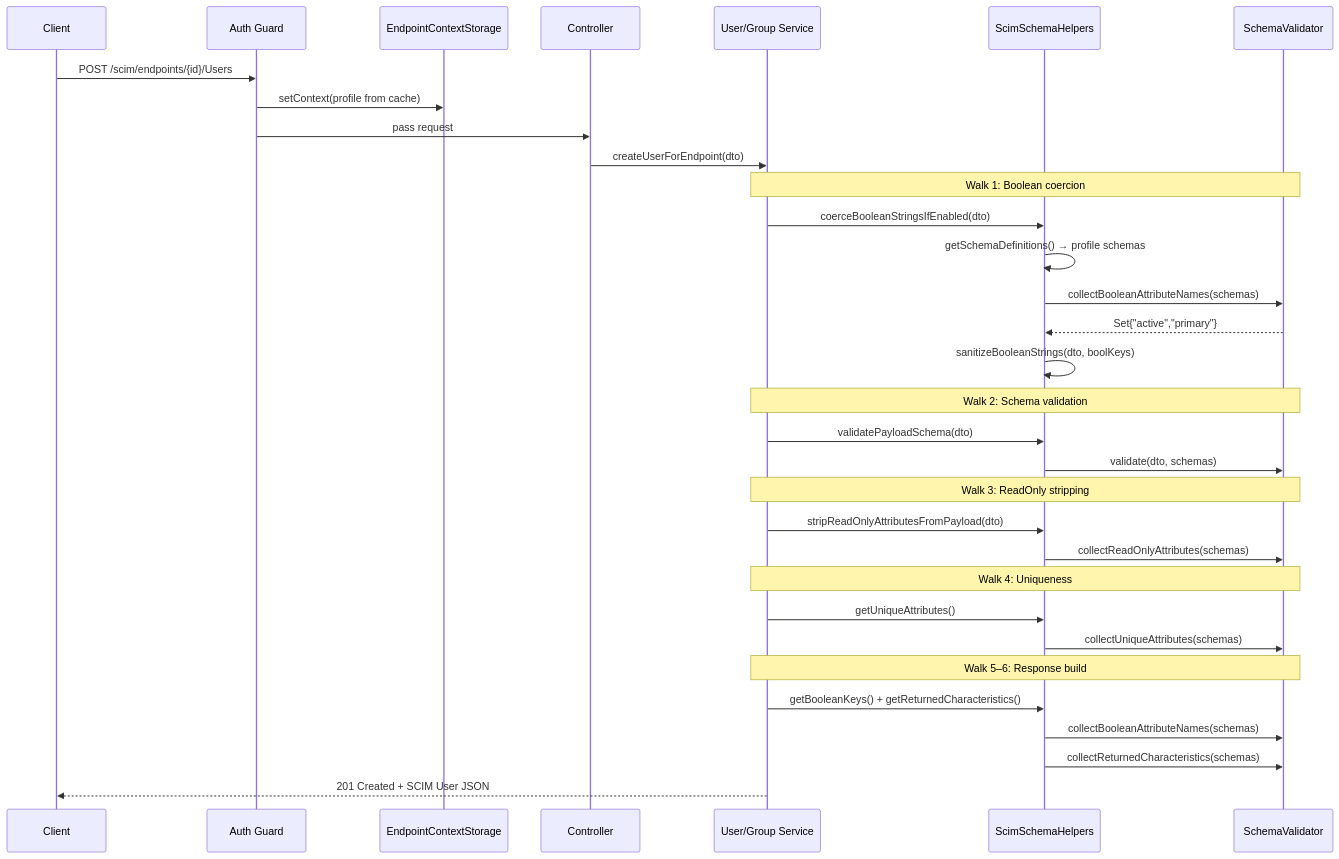
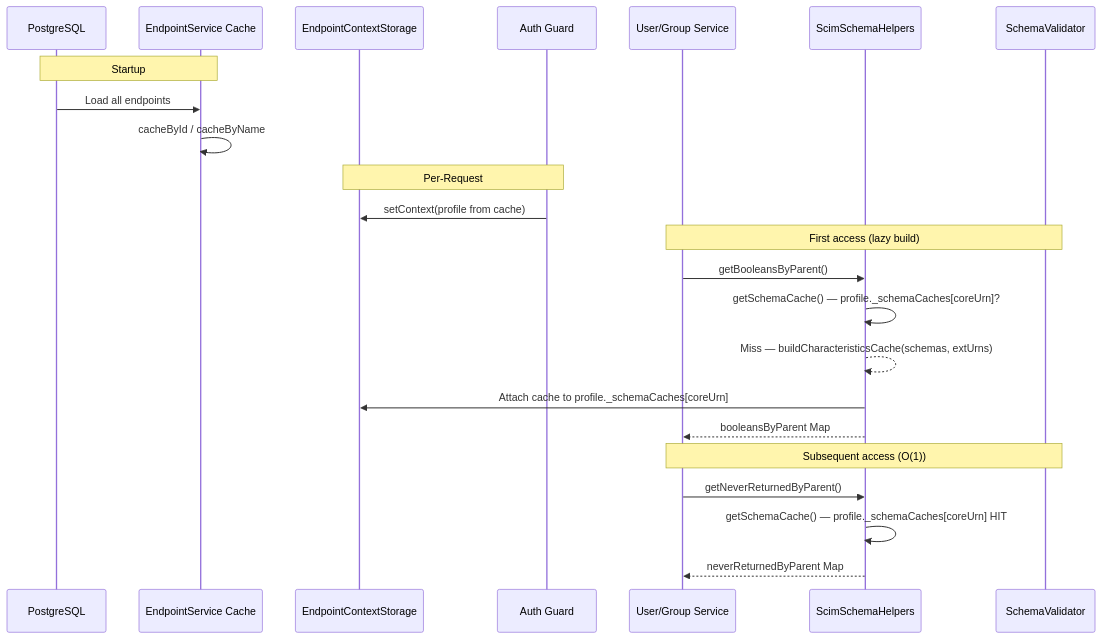
One commit to pranems/SCIMServer changed the second of 2 diagrams in docs/SCHEMA_AND_RESOURCETYPE_DATA_STRUCTURE_ANALYSIS.md. Above: the diagram before and after it, drawn with Mermaid. The commit also changed other lines of this file and 21 other files, not shown here.

First line of the commit message:
feat: URN-qualified dot-path cache keys + zero-collision schema characteristics

````diff
--- a/docs/SCHEMA_AND_RESOURCETYPE_DATA_STRUCTURE_ANALYSIS.md
+++ b/docs/SCHEMA_AND_RESOURCETYPE_DATA_STRUCTURE_ANALYSIS.md
@@ -252,41 +249,29 @@
 ```mermaid
 sequenceDiagram
-    participant Client
+    participant DB as PostgreSQL
+    participant Cache as EndpointService Cache
+    participant Ctx as EndpointContextStorage
     participant Guard as Auth Guard
-    participant Ctx as EndpointContextStorage
-    participant Ctrl as Controller
     participant Svc as User/Group Service
     participant Help as ScimSchemaHelpers
     participant Val as SchemaValidator
 
-    Client->>Guard: POST /scim/endpoints/{id}/Users
+    Note over DB,Cache: Startup
+    DB->>Cache: Load all endpoints
+    Cache->>Cache: cacheById / cacheByName
+
+    Note over Guard,Ctx: Per-Request
     Guard->>Ctx: setContext(profile from cache)
-    Guard->>Ctrl: pass request
-    Ctrl->>Svc: createUserForEndpoint(dto)
-    
-    Note over Svc,Val: Walk 1: Boolean coercion
-    Svc->>Help: coerceBooleanStringsIfEnabled(dto)
-    Help->>Help: getSchemaDefinitions() → profile schemas
-    Help->>Val: collectBooleanAttributeNames(schemas)
-    Val-->>Help: Set{"active","primary"}
-    Help->>Help: sanitizeBooleanStrings(dto, boolKeys)
 
-    Note over Svc,Val: Walk 2: Schema validation
-    Svc->>Help: validatePayloadSchema(dto)
-    Help->>Val: validate(dto, schemas)
+    Note over Svc,Val: First access (lazy build)
+    Svc->>Help: getBooleansByParent()
+    Help->>Help: getSchemaCache() — profile._schemaCaches[coreUrn]?
+    Help-->>Help: Miss — buildCharacteristicsCache(schemas, extUrns)
+    Help->>Ctx: Attach cache to profile._schemaCaches[coreUrn]
+    Help-->>Svc: booleansByParent Map
 
-    Note over Svc,Val: Walk 3: ReadOnly stripping
-    Svc->>Help: stripReadOnlyAttributesFromPayload(dto)
-    Help->>Val: collectReadOnlyAttributes(schemas)
-
-    Note over Svc,Val: Walk 4: Uniqueness
-    Svc->>Help: getUniqueAttributes()
-    Help->>Val: collectUniqueAttributes(schemas)
-
-    Note over Svc,Val: Walk 5–6: Response build
-    Svc->>Help: getBooleanKeys() + getReturnedCharacteristics()
-    Help->>Val: collectBooleanAttributeNames(schemas)
-    Help->>Val: collectReturnedCharacteristics(schemas)
-    
-    Svc-->>Client: 201 Created + SCIM User JSON
+    Note over Svc,Val: Subsequent access (O(1))
+    Svc->>Help: getNeverReturnedByParent()
+    Help->>Help: getSchemaCache() — profile._schemaCaches[coreUrn] HIT
+    Help-->>Svc: neverReturnedByParent Map
 ```
````
